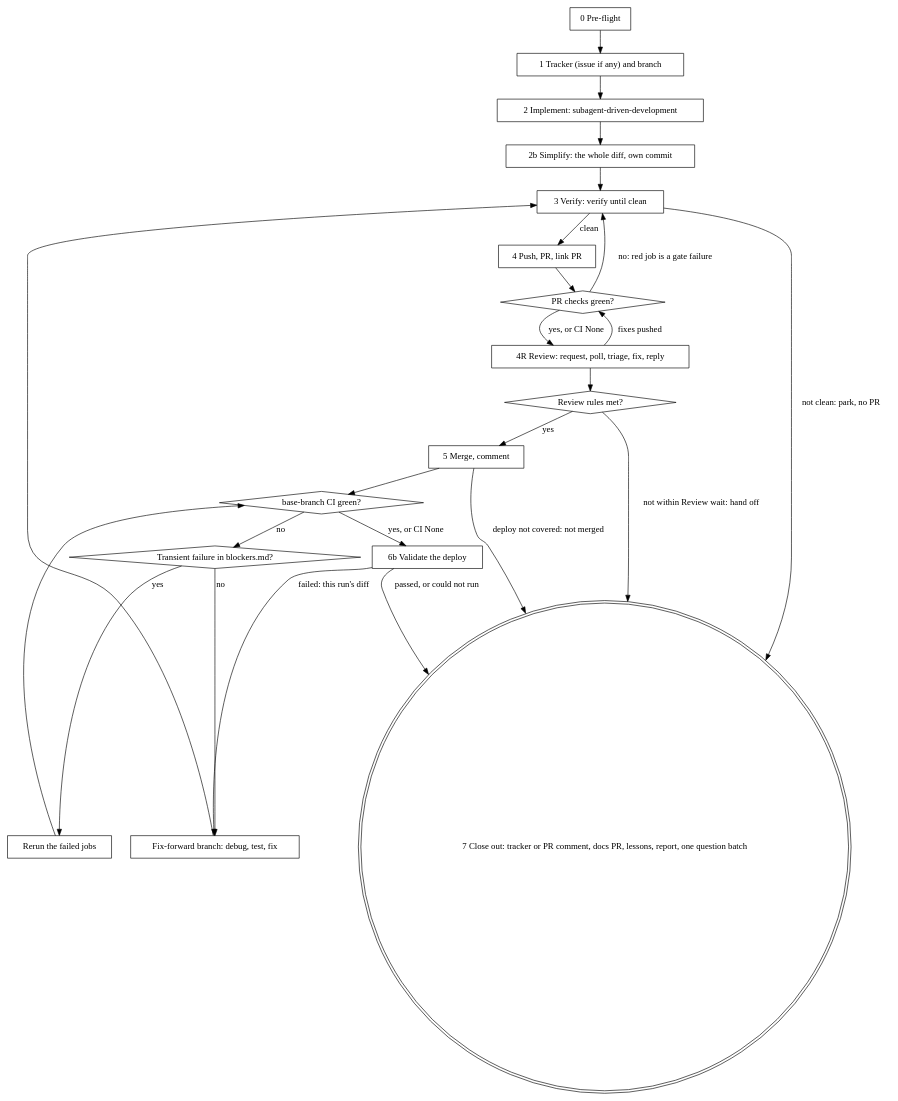
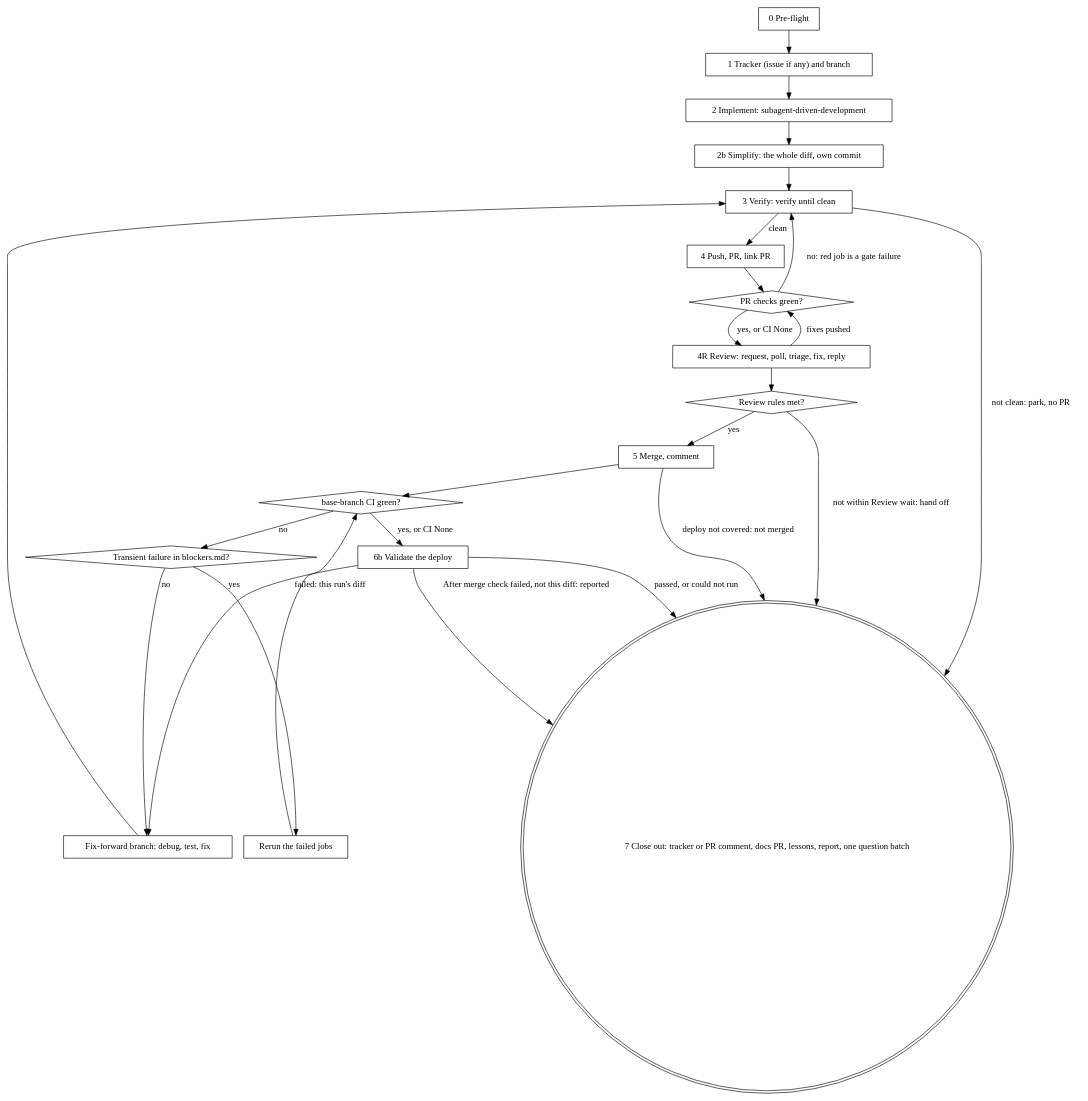
Before and after one commit to tarmopr/ai-skills: the diagram in skills/ship-plan/SKILL.md, drawn with Graphviz. The commit also changed other lines of this file and 4 other files, not shown here.

Commit message:
fix(ship-plan): keep After merge reporting, revert checks, references

````diff
--- a/skills/ship-plan/SKILL.md
+++ b/skills/ship-plan/SKILL.md
@@ -184,44 +184,45 @@
 ```dot
 digraph ship {
   "0 Pre-flight" [shape=box];
   "1 Tracker (issue if any) and branch" [shape=box];
   "2 Implement: subagent-driven-development" [shape=box];
   "2b Simplify: the whole diff, own commit" [shape=box];
   "3 Verify: verify until clean" [shape=box];
   "4 Push, PR, link PR" [shape=box];
   "PR checks green?" [shape=diamond];
   "4R Review: request, poll, triage, fix, reply" [shape=box];
   "Review rules met?" [shape=diamond];
   "5 Merge, comment" [shape=box];
   "base-branch CI green?" [shape=diamond];
   "Transient failure in blockers.md?" [shape=diamond];
   "Rerun the failed jobs" [shape=box];
   "Fix-forward branch: debug, test, fix" [shape=box];
   "6b Validate the deploy" [shape=box];
   "7 Close out: tracker or PR comment, docs PR, lessons, report, one question batch" [shape=doublecircle];
 
   "0 Pre-flight" -> "1 Tracker (issue if any) and branch";
   "1 Tracker (issue if any) and branch" -> "2 Implement: subagent-driven-development";
   "2 Implement: subagent-driven-development" -> "2b Simplify: the whole diff, own commit";
   "2b Simplify: the whole diff, own commit" -> "3 Verify: verify until clean";
   "3 Verify: verify until clean" -> "4 Push, PR, link PR" [label="clean"];
   "3 Verify: verify until clean" -> "7 Close out: tracker or PR comment, docs PR, lessons, report, one question batch" [label="not clean: park, no PR"];
   "4 Push, PR, link PR" -> "PR checks green?";
   "PR checks green?" -> "3 Verify: verify until clean" [label="no: red job is a gate failure"];
   "PR checks green?" -> "4R Review: request, poll, triage, fix, reply" [label="yes, or CI None"];
   "4R Review: request, poll, triage, fix, reply" -> "PR checks green?" [label="fixes pushed"];
   "4R Review: request, poll, triage, fix, reply" -> "Review rules met?";
   "Review rules met?" -> "5 Merge, comment" [label="yes"];
   "Review rules met?" -> "7 Close out: tracker or PR comment, docs PR, lessons, report, one question batch" [label="not within Review wait: hand off"];
   "5 Merge, comment" -> "base-branch CI green?";
   "5 Merge, comment" -> "7 Close out: tracker or PR comment, docs PR, lessons, report, one question batch" [label="deploy not covered: not merged"];
   "base-branch CI green?" -> "6b Validate the deploy" [label="yes, or CI None"];
   "6b Validate the deploy" -> "7 Close out: tracker or PR comment, docs PR, lessons, report, one question batch" [label="passed, or could not run"];
   "6b Validate the deploy" -> "Fix-forward branch: debug, test, fix" [label="failed: this run's diff"];
+  "6b Validate the deploy" -> "7 Close out: tracker or PR comment, docs PR, lessons, report, one question batch" [label="After merge check failed, not this diff: reported"];
   "base-branch CI green?" -> "Transient failure in blockers.md?" [label="no"];
   "Transient failure in blockers.md?" -> "Rerun the failed jobs" [label="yes"];
   "Rerun the failed jobs" -> "base-branch CI green?";
   "Transient failure in blockers.md?" -> "Fix-forward branch: debug, test, fix" [label="no"];
   "Fix-forward branch: debug, test, fix" -> "3 Verify: verify until clean";
 }
 ```
````
